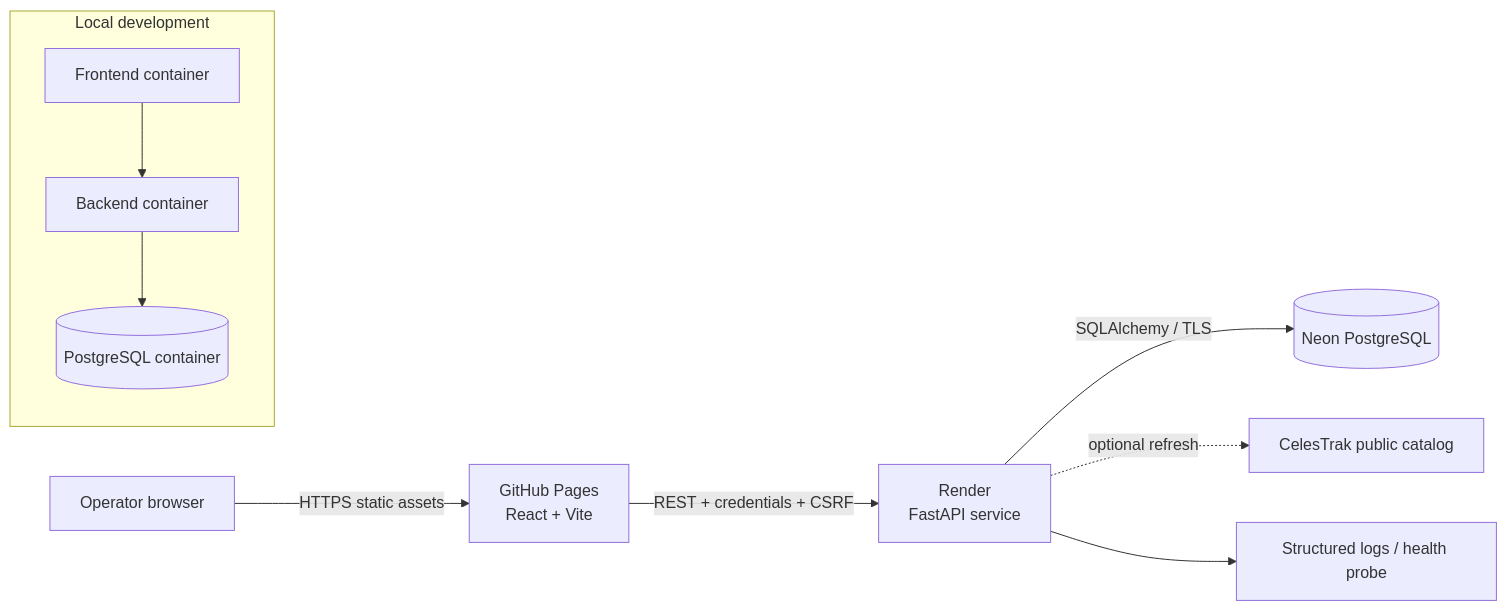
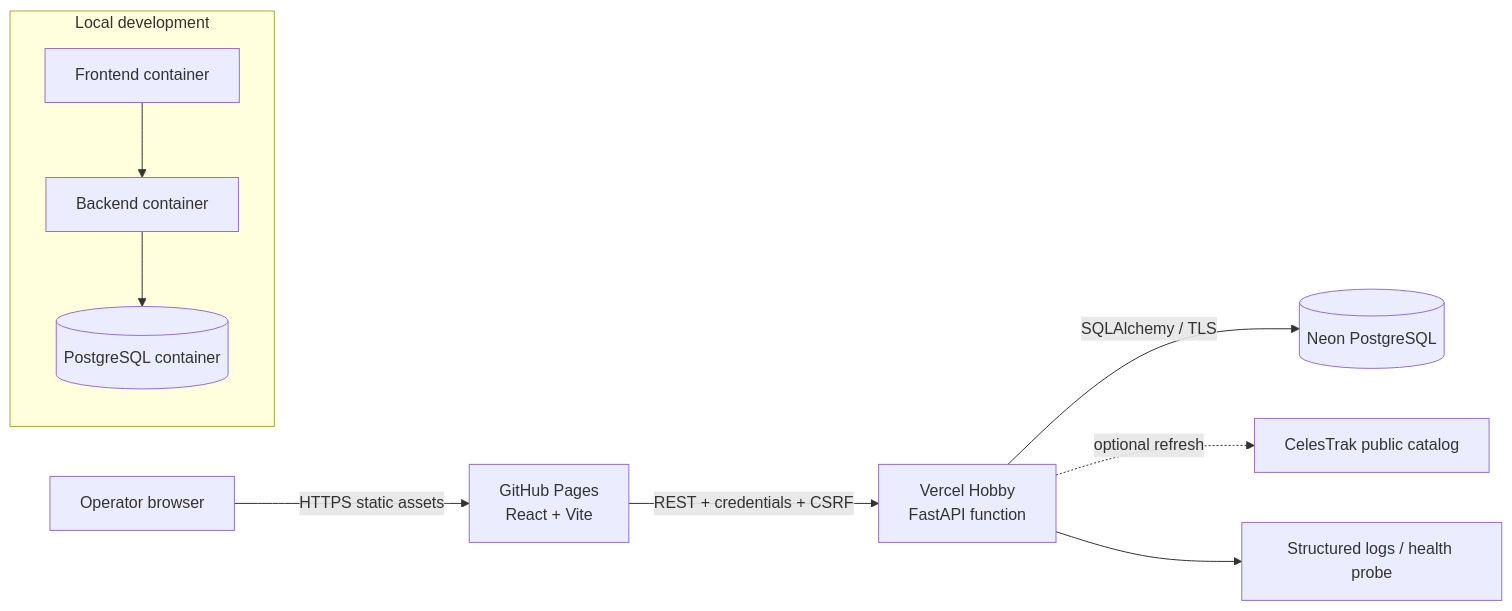
The diagram in README.md (p1y1m/space-mission-control), drawn with Mermaid before and after one commit. The commit also changed other lines of this file and 19 other files, not shown here.

Commit message:
Prepare FastAPI backend for Vercel Hobby

````diff
--- a/README.md
+++ b/README.md
@@ -50,12 +50,12 @@
 ```mermaid
 flowchart LR
     U[Operator browser] -->|HTTPS static assets| GH[GitHub Pages\nReact + Vite]
-    GH -->|REST + credentials + CSRF| API[Render\nFastAPI service]
+    GH -->|REST + credentials + CSRF| API[Vercel Hobby\nFastAPI function]
     API -->|SQLAlchemy / TLS| DB[(Neon PostgreSQL)]
     API -. optional refresh .-> CT[CelesTrak public catalog]
     API --> LOG[Structured logs / health probe]
     subgraph Local development
       FE[Frontend container] --> BE[Backend container]
       BE --> PG[(PostgreSQL container)]
     end
 ```
````
